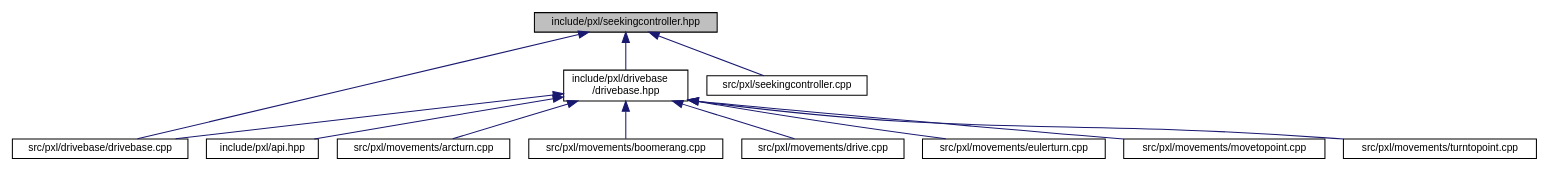
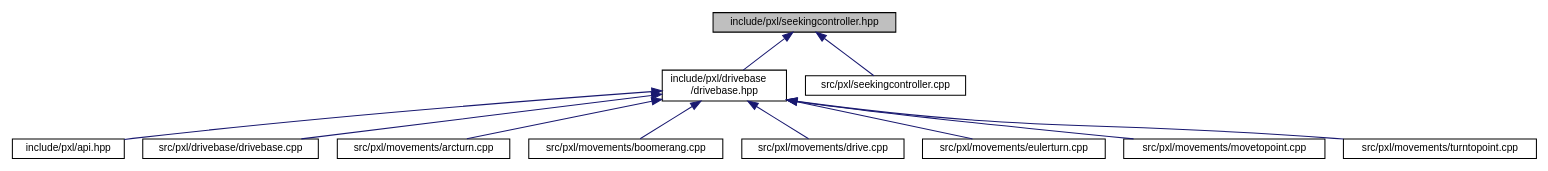
One commit to Pixel-Lib/Pixel changed the diagram in seekingcontroller_8hpp__dep__incl.dot. Above: the diagram before and after it, drawn with Graphviz. The commit also changed 159 other files, not shown here.

```diff
--- a/seekingcontroller_8hpp__dep__incl.dot
+++ b/seekingcontroller_8hpp__dep__incl.dot
@@ -1,28 +1,27 @@
 digraph "include/pxl/seekingcontroller.hpp"
 {
  // LATEX_PDF_SIZE
   edge [fontname="Helvetica",fontsize="10",labelfontname="Helvetica",labelfontsize="10"];
   node [fontname="Helvetica",fontsize="10",shape=record];
   Node1 [label="include/pxl/seekingcontroller.hpp",height=0.2,width=0.4,color="black", fillcolor="grey75", style="filled", fontcolor="black",tooltip=" "];
   Node1 -> Node2 [dir="back",color="midnightblue",fontsize="10",style="solid",fontname="Helvetica"];
   Node2 [label="include/pxl/drivebase\l/drivebase.hpp",height=0.2,width=0.4,color="black", fillcolor="white", style="filled",URL="$drivebase_8hpp.html",tooltip=" "];
   Node2 -> Node3 [dir="back",color="midnightblue",fontsize="10",style="solid",fontname="Helvetica"];
   Node3 [label="include/pxl/api.hpp",height=0.2,width=0.4,color="black", fillcolor="white", style="filled",URL="$api_8hpp.html",tooltip=" "];
   Node2 -> Node4 [dir="back",color="midnightblue",fontsize="10",style="solid",fontname="Helvetica"];
   Node4 [label="src/pxl/drivebase/drivebase.cpp",height=0.2,width=0.4,color="black", fillcolor="white", style="filled",URL="$drivebase_8cpp.html",tooltip=" "];
   Node2 -> Node5 [dir="back",color="midnightblue",fontsize="10",style="solid",fontname="Helvetica"];
   Node5 [label="src/pxl/movements/arcturn.cpp",height=0.2,width=0.4,color="black", fillcolor="white", style="filled",URL="$arcturn_8cpp.html",tooltip=" "];
   Node2 -> Node6 [dir="back",color="midnightblue",fontsize="10",style="solid",fontname="Helvetica"];
   Node6 [label="src/pxl/movements/boomerang.cpp",height=0.2,width=0.4,color="black", fillcolor="white", style="filled",URL="$boomerang_8cpp.html",tooltip=" "];
   Node2 -> Node7 [dir="back",color="midnightblue",fontsize="10",style="solid",fontname="Helvetica"];
   Node7 [label="src/pxl/movements/drive.cpp",height=0.2,width=0.4,color="black", fillcolor="white", style="filled",URL="$drive_8cpp.html",tooltip=" "];
   Node2 -> Node8 [dir="back",color="midnightblue",fontsize="10",style="solid",fontname="Helvetica"];
   Node8 [label="src/pxl/movements/eulerturn.cpp",height=0.2,width=0.4,color="black", fillcolor="white", style="filled",URL="$eulerturn_8cpp.html",tooltip=" "];
   Node2 -> Node9 [dir="back",color="midnightblue",fontsize="10",style="solid",fontname="Helvetica"];
   Node9 [label="src/pxl/movements/movetopoint.cpp",height=0.2,width=0.4,color="black", fillcolor="white", style="filled",URL="$movetopoint_8cpp.html",tooltip=" "];
   Node2 -> Node10 [dir="back",color="midnightblue",fontsize="10",style="solid",fontname="Helvetica"];
   Node10 [label="src/pxl/movements/turntopoint.cpp",height=0.2,width=0.4,color="black", fillcolor="white", style="filled",URL="$turntopoint_8cpp.html",tooltip=" "];
-  Node1 -> Node4 [dir="back",color="midnightblue",fontsize="10",style="solid",fontname="Helvetica"];
   Node1 -> Node11 [dir="back",color="midnightblue",fontsize="10",style="solid",fontname="Helvetica"];
   Node11 [label="src/pxl/seekingcontroller.cpp",height=0.2,width=0.4,color="black", fillcolor="white", style="filled",URL="$seekingcontroller_8cpp.html",tooltip=" "];
 }
```
